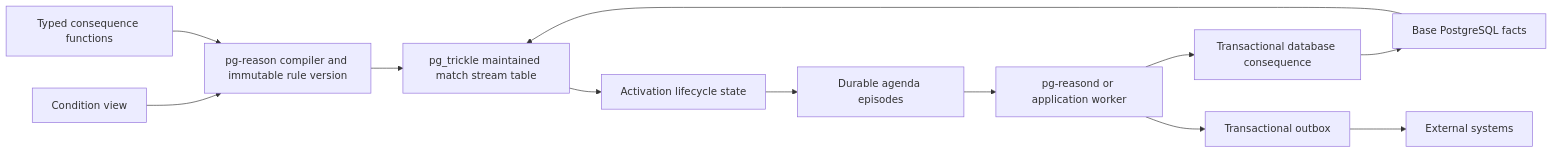
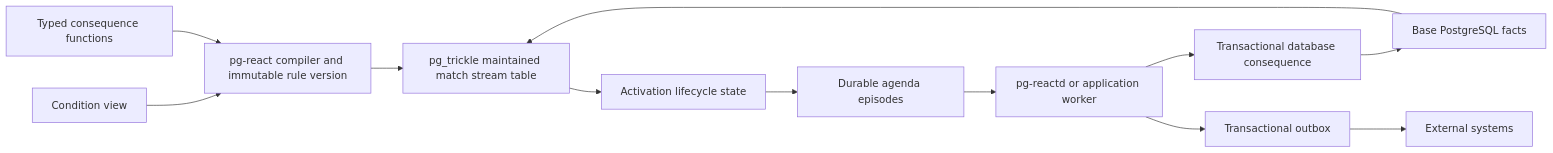
One commit to trickle-labs/pg-react changed the first of 3 diagrams in DESIGN.md. Above: the diagram before and after it, drawn with Mermaid. The commit also changed other lines of this file and 2 other files, not shown here.

Commit message:
Renamed project from pg-reason to pg-react

````diff
--- a/DESIGN.md
+++ b/DESIGN.md
@@ -45,14 +45,14 @@
 ```mermaid
 flowchart LR
-    V[Condition view] --> C[pg-reason compiler and immutable rule version]
+    V[Condition view] --> C[pg-react compiler and immutable rule version]
     C --> T[pg_trickle maintained match stream table]
     T --> A[Activation lifecycle state]
     A --> Q[Durable agenda episodes]
     F[Typed consequence functions] --> C
-    Q --> W[pg-reasond or application worker]
+    Q --> W[pg-reactd or application worker]
     W --> D[Transactional database consequence]
     W --> O[Transactional outbox]
     D --> B[Base PostgreSQL facts]
     O --> X[External systems]
     B --> T
 ```
````
